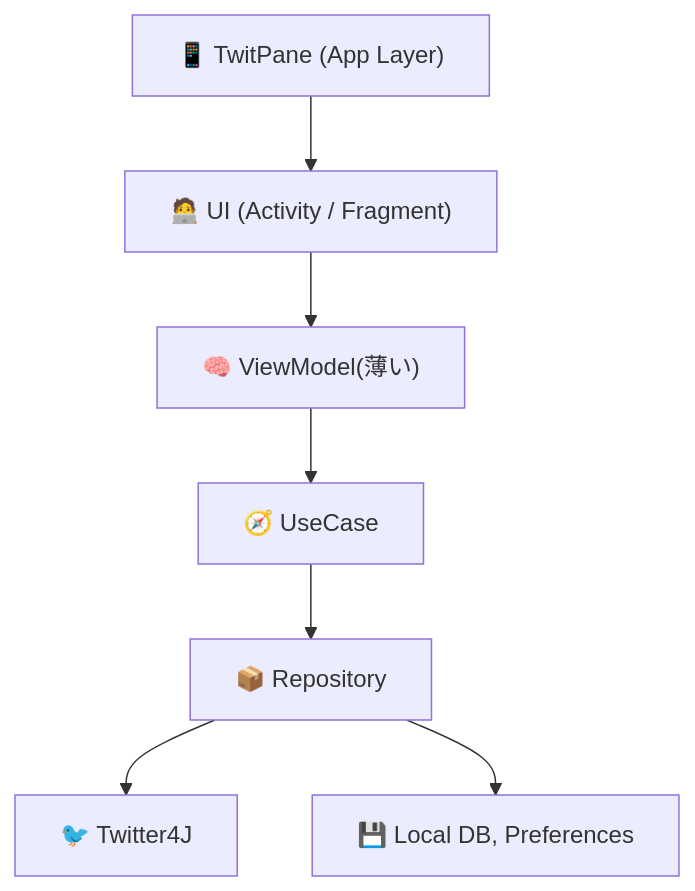
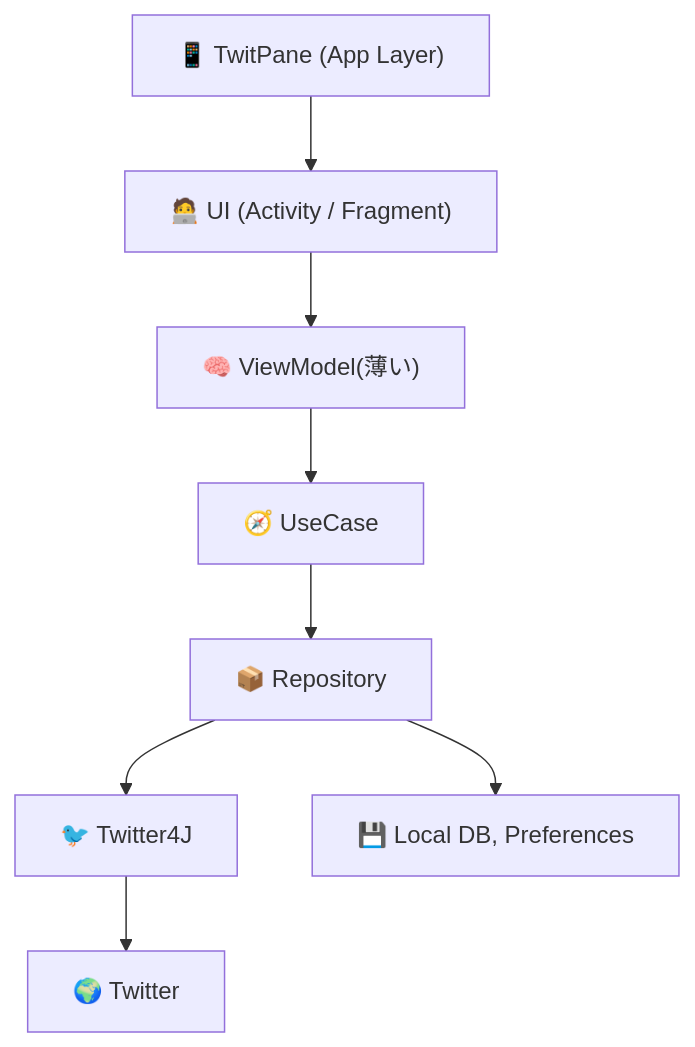
One commit to takke/mermaid_exam changed the first of 6 diagrams in twitpane.md. Above: the diagram before and after it, drawn with Mermaid. The commit also changed other lines of this file, not shown here.

````diff
--- a/twitpane.md
+++ b/twitpane.md
@@ -5,14 +5,15 @@
 ```mermaid
 flowchart TD
   APP["📱 TwitPane (App Layer)"]
   UI["🧑‍💻 UI (Activity / Fragment)"]
   VM["🧠 ViewModel(薄い)"]
   UC["🧭 UseCase"]
   RP["📦 Repository"]
   TW["🐦 Twitter4J"]
   DB["💾 Local DB, Preferences"]
+  S_TW["🌍 Twitter"]
 
   APP --> UI --> VM --> UC --> RP
-  RP --> TW
+  RP --> TW --> S_TW
   RP --> DB
 ```
````
